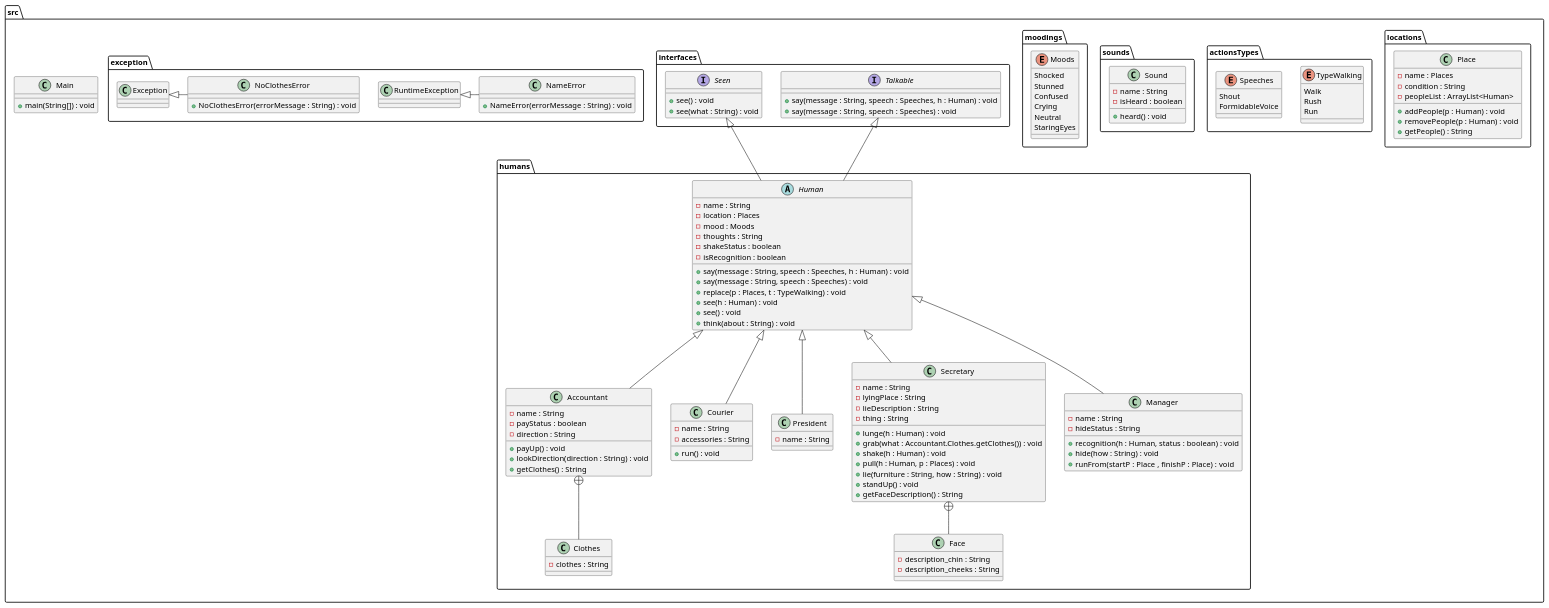
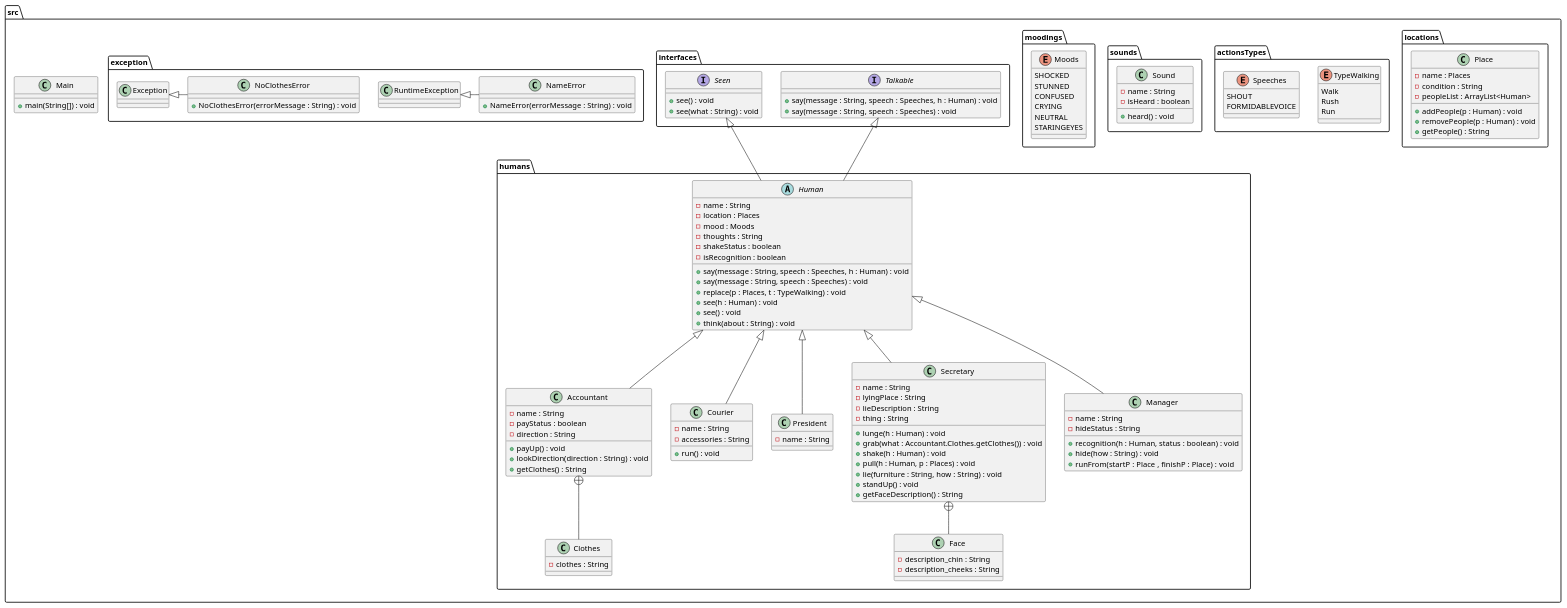
One commit to misha259/Laba3_4 changed the diagram in src/lab.puml. Above: the diagram before and after it, drawn with PlantUML. The commit also changed 16 other files, not shown here.

```diff
--- a/src/lab.puml
+++ b/src/lab.puml
@@ -1,181 +1,181 @@
 @startuml
 
 package src.humans{
 
 abstract class Human
 {
 	-name : String
 	-location : Places
 	-mood : Moods
 	-thoughts : String
 	-shakeStatus : boolean
 	-isRecognition : boolean
     +say(message : String, speech : Speeches, h : Human) : void
     +say(message : String, speech : Speeches) : void
     +replace(p : Places, t : TypeWalking) : void
 	+see(h : Human) : void
 	+see() : void
 	+think(about : String) : void
 }
 
 class Accountant
 {
     -name : String
     -payStatus : boolean
     -direction : String
     +payUp() : void
     +lookDirection(direction : String) : void
     +getClothes() : String
 }
 
 class Clothes
 {
     -clothes : String
 }
 
 class Courier
 {
     -name : String
     -accessories : String
     +run() : void
 }
 
 class President
 {
     -name : String
 }
 
 class Secretary
 {
     -name : String
     -lyingPlace : String
     -lieDescription : String
     -thing : String
     +lunge(h : Human) : void
     +grab(what : Accountant.Clothes.getClothes()) : void
     +shake(h : Human) : void
     +pull(h : Human, p : Places) : void
     +lie(furniture : String, how : String) : void
     +standUp() : void
     +getFaceDescription() : String
 }
 
 class Face {
     -description_chin : String
     -description_cheeks : String
 }
 class Manager
 {
     -name : String
     -hideStatus : String
     +recognition(h : Human, status : boolean) : void
     +hide(how : String) : void
     +runFrom(startP : Place , finishP :  Place) : void
 }
 
 }
 package src.locations{
 class Place
 {
     -name : Places
     -condition : String
     -peopleList : ArrayList<Human>
     +addPeople(p : Human) : void
     +removePeople(p : Human) : void
     +getPeople() : String
 }
 }
 package src.actionsTypes{
 enum TypeWalking
 {
 Walk
 Rush
 Run
 }
 
 enum Speeches
 {
-Shout
-FormidableVoice
+SHOUT
+FORMIDABLEVOICE
 }
 
 }
 package src.sounds{
 
 class Sound {
 -name : String
 -isHeard : boolean
 +heard() : void
 }
 }
 
 package src.moodings{
 enum Moods
 {
-Shocked
-Stunned
-Confused
-Crying
-Neutral
-StaringEyes
+SHOCKED
+STUNNED
+CONFUSED
+CRYING
+NEUTRAL
+STARINGEYES
 }
 
 
 }
 package src.interfaces{
 interface Talkable
 {
 +say(message : String, speech : Speeches, h : Human) : void
 +say(message : String, speech : Speeches) : void
 }
 
 interface Seen
 {
 +see() : void
 +see(what : String) : void
 }
 
 
 }
 package src {
 class Main
 {
 +main(String[]) : void
 }
 }
 
 package src.exception {
 
 class RuntimeException {}
 class Exception {}
 class NameError {
     +NameError(errorMessage : String) : void
 }
 class NoClothesError {
     +NoClothesError(errorMessage : String) : void
 }
 }
 RuntimeException <|- NameError
 Exception <|- NoClothesError
 
 'Talkable <|-- Human
 
 
 
 Human <|-- Courier
 Human <|-- Accountant
 Human <|-- President
 Human <|-- Secretary
 Human <|-- Manager
 
 Secretary +-- Face
 Accountant +-- Clothes
 
 Seen <|-- Human
 Talkable <|-- Human
 
 
 
 
 
 @enduml
```
